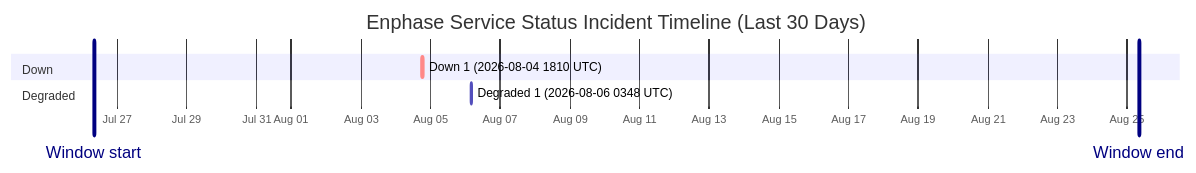
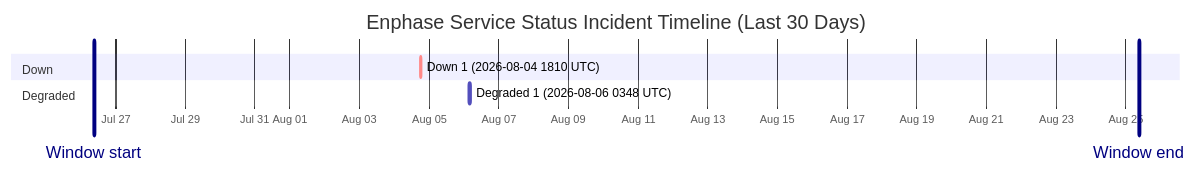
One commit to barneyonline/ha-enphase-energy changed the diagram in wiki/Service-Status-History.md. Above: the diagram before and after it, drawn with Mermaid. The commit also changed other lines of this file and 3 other files, not shown here.

````diff
--- a/wiki/Service-Status-History.md
+++ b/wiki/Service-Status-History.md
@@ -14,12 +14,12 @@
 ```mermaid
 gantt
     title Enphase Service Status Incident Timeline (Last 30 Days)
     dateFormat  YYYY-MM-DDTHH:mm:ss
     axisFormat  %b %d
-    Window start :vert, window-start, 2026-07-26T08:06:18, 0ms
-    Window end :vert, window-end, 2026-08-25T08:06:18, 0ms
+    Window start :vert, window-start, 2026-07-26T09:07:05, 0ms
+    Window end :vert, window-end, 2026-08-25T09:07:05, 0ms
     section Down
     Down 1 (2026-08-04 1810 UTC) :crit, down-1, 2026-08-04T18:10:46, 60m
     section Degraded
     Degraded 1 (2026-08-06 0348 UTC) :active, degraded-1, 2026-08-06T03:48:14, 60m
 ```
````
